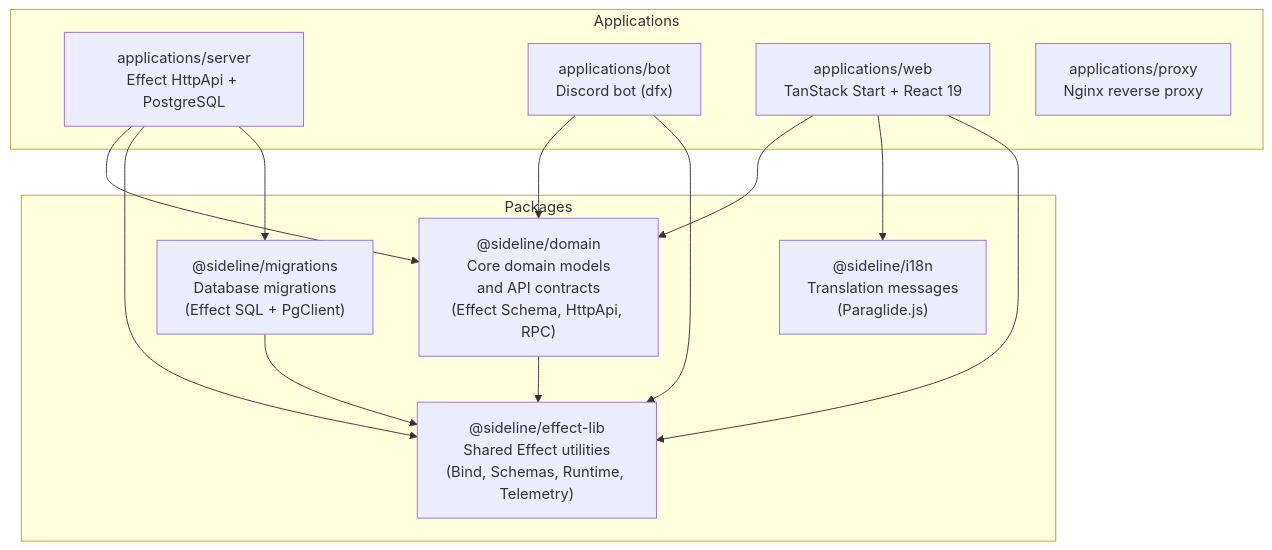
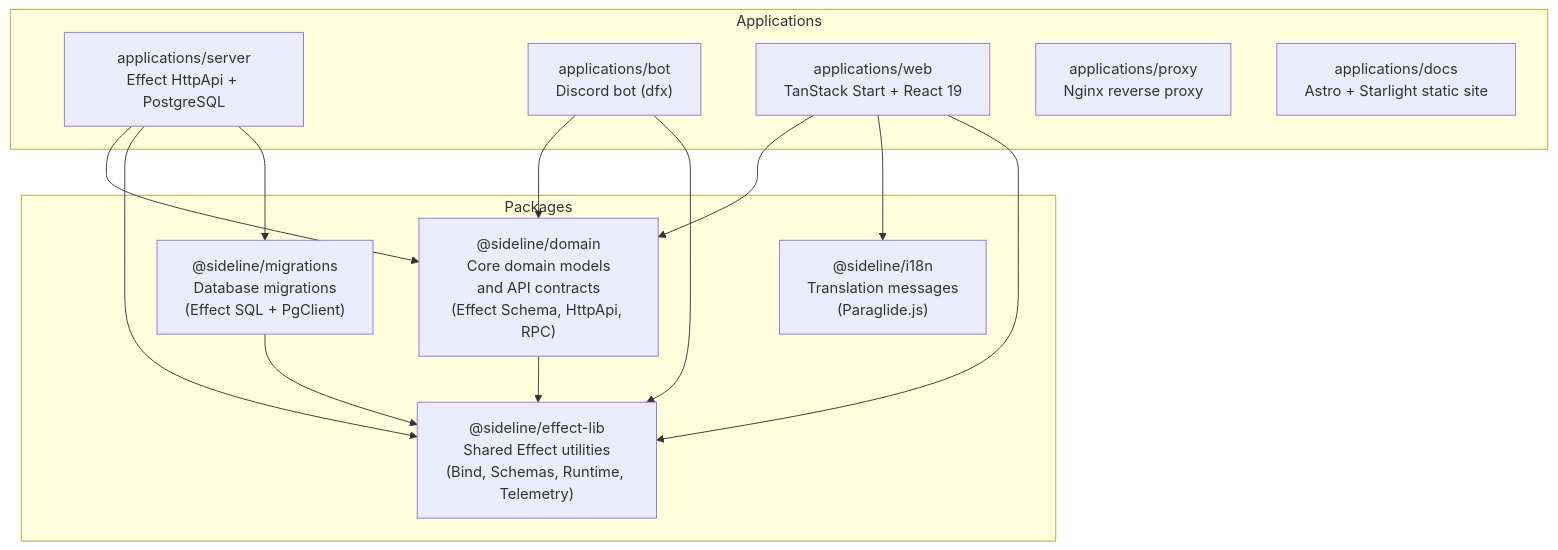
The second of 3 diagrams in docs/thesis/architecture.md (maxa-ondrej/sideline), drawn with Mermaid before and after one commit. The commit also changed other lines of this file and 49 other files, not shown here.

First line of the commit message:
feat(docs): add Astro + Starlight documentation site at /docs (#223)

````diff
--- a/docs/thesis/architecture.md
+++ b/docs/thesis/architecture.md
@@ -62,30 +67,31 @@
 ```mermaid
 graph TD
     subgraph Packages
         EL["@sideline/effect-lib\nShared Effect utilities\n(Bind, Schemas, Runtime, Telemetry)"]
         DOM["@sideline/domain\nCore domain models\nand API contracts\n(Effect Schema, HttpApi, RPC)"]
         I18N["@sideline/i18n\nTranslation messages\n(Paraglide.js)"]
         MIG["@sideline/migrations\nDatabase migrations\n(Effect SQL + PgClient)"]
     end
 
     subgraph Applications
         SERVER["applications/server\nEffect HttpApi + PostgreSQL"]
         BOT["applications/bot\nDiscord bot (dfx)"]
         WEB["applications/web\nTanStack Start + React 19"]
         PROXY["applications/proxy\nNginx reverse proxy"]
+        DOCS["applications/docs\nAstro + Starlight static site"]
     end
 
     DOM --> EL
     MIG --> EL
 
     SERVER --> DOM
     SERVER --> EL
     SERVER --> MIG
 
     BOT --> DOM
     BOT --> EL
 
     WEB --> DOM
     WEB --> I18N
     WEB --> EL
 ```
````
